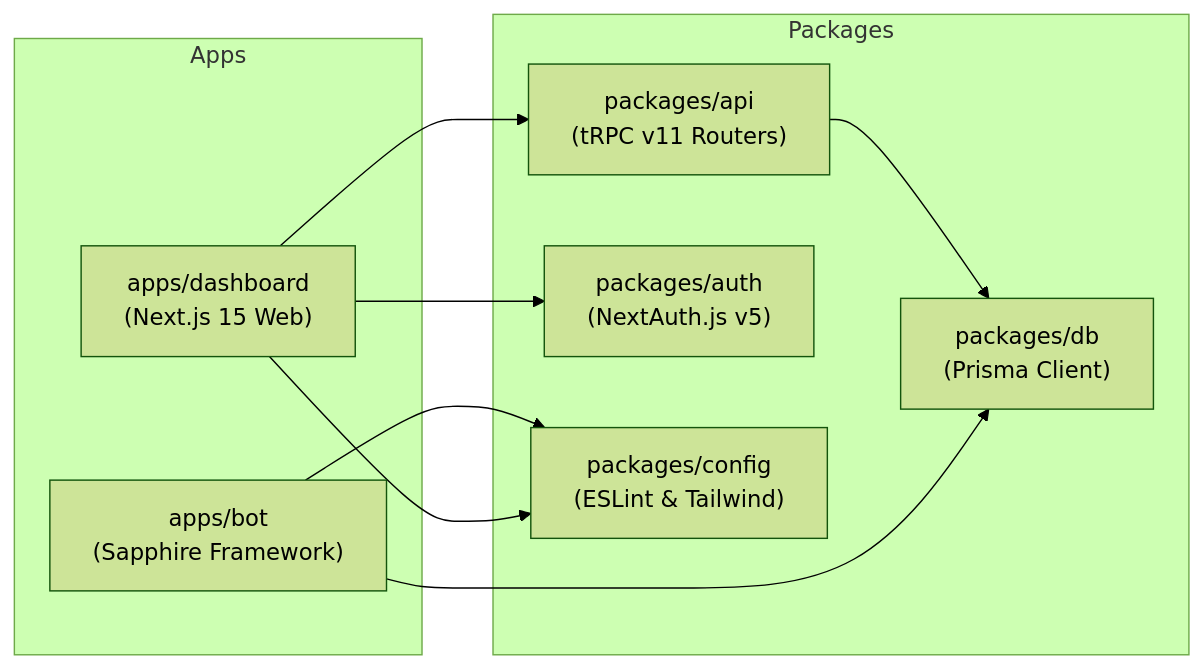
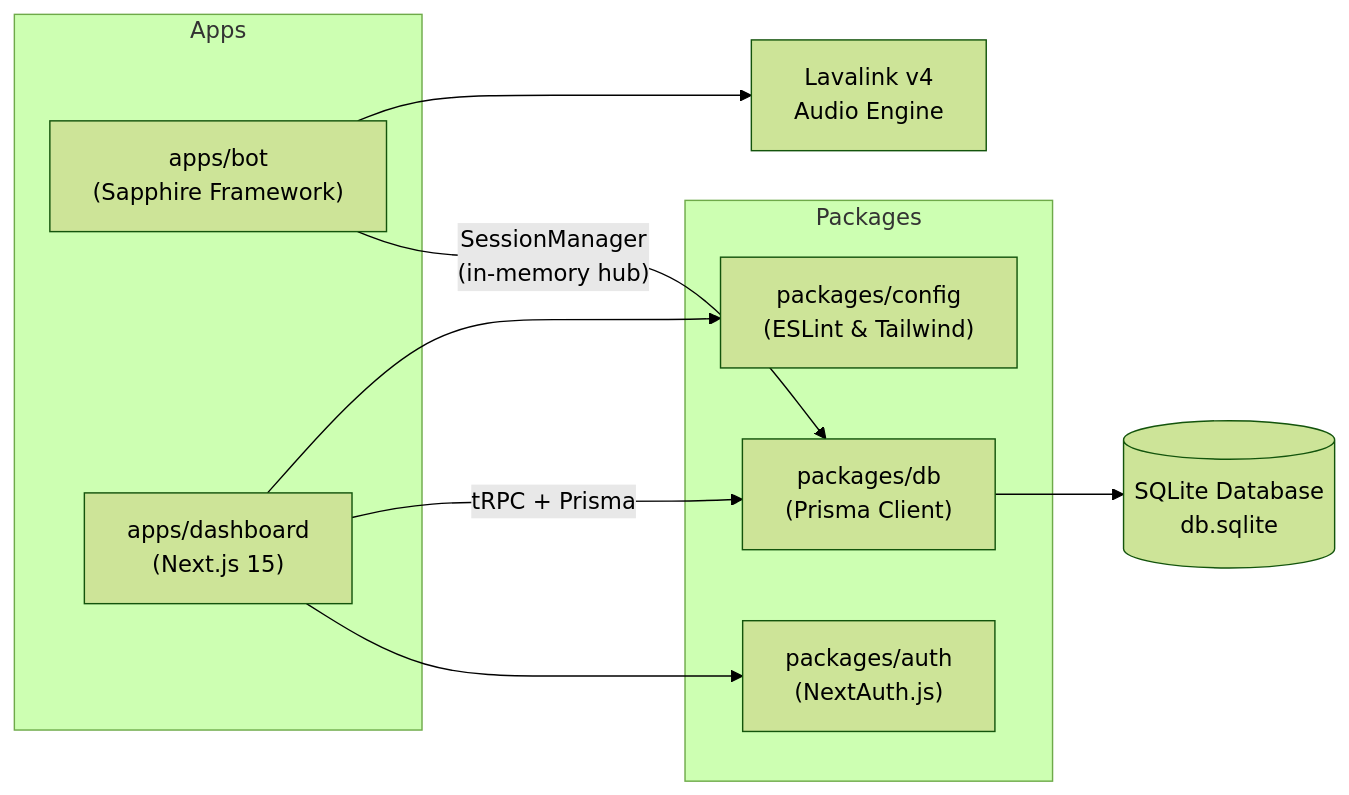
Before and after one commit to PhantomNimbi/Master-Bot: the diagram in wiki/Home.md, drawn with Mermaid (forest theme). The commit also changed other lines of this file and 149 other files, not shown here.

First line of the commit message:
feat(monorepo): migrate postgres to sqlite, rebuild dashboard tRPC backend, split session handlers, and rewrite docs

````diff
--- a/wiki/Home.md
+++ b/wiki/Home.md
@@ -5,21 +15,20 @@
 ```mermaid
 flowchart LR
     subgraph Apps
         Bot["apps/bot<br/>(Sapphire Framework)"]
-        Dashboard["apps/dashboard<br/>(Next.js 15 Web)"]
+        Dashboard["apps/dashboard<br/>(Next.js 15)"]
     end
 
     subgraph Packages
-        API["packages/api<br/>(tRPC v11 Routers)"]
-        Auth["packages/auth<br/>(NextAuth.js v5)"]
         DB["packages/db<br/>(Prisma Client)"]
+        Auth["packages/auth<br/>(NextAuth.js)"]
         Config["packages/config<br/>(ESLint & Tailwind)"]
     end
 
-    Dashboard --> API
+    Bot -->|"SessionManager<br/>(in-memory hub)"| DB
+    DB --> SQLiteDB[("SQLite Database<br/>db.sqlite")]
     Dashboard --> Auth
-    Bot --> DB
-    API --> DB
+    Dashboard -->|tRPC + Prisma| DB
     Dashboard --> Config
-    Bot --> Config
+    Bot --> Lavalink["Lavalink v4<br/>Audio Engine"]
 ```
````
